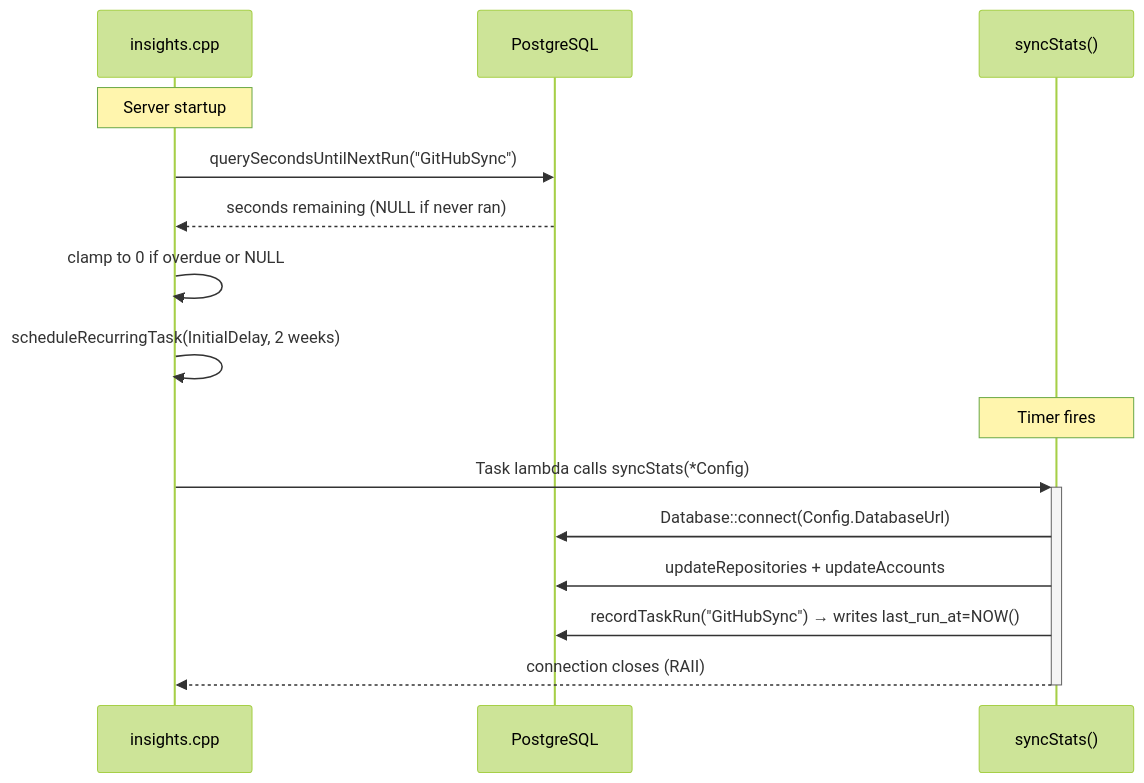
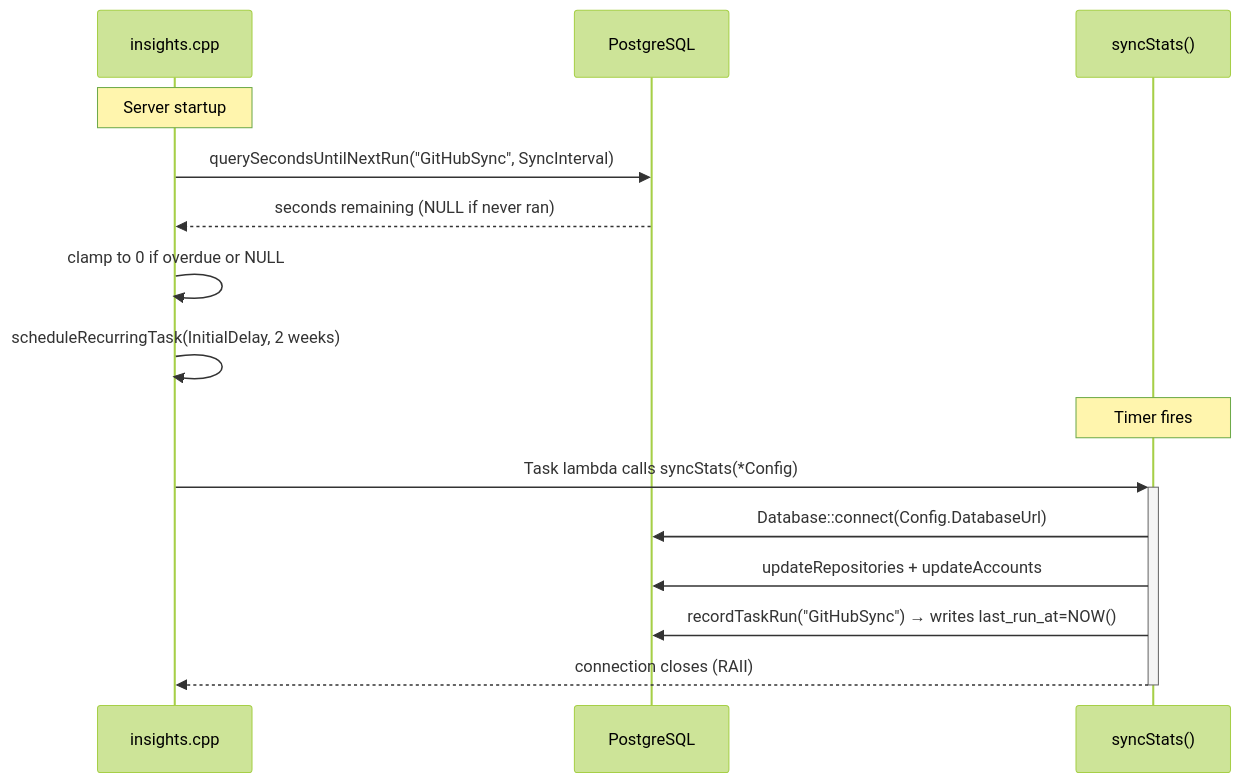
Before and after one commit to guzman109/icicle-insights: the diagram in docs/task-persistence.md, drawn with Mermaid (forest theme). The commit also changed other lines of this file and 4 other files, not shown here.

````diff
--- a/docs/task-persistence.md
+++ b/docs/task-persistence.md
@@ -37,19 +37,19 @@
 ```mermaid
 sequenceDiagram
     participant App as insights.cpp
     participant DB as PostgreSQL
     participant Task as syncStats()
 
     Note over App: Server startup
-    App->>DB: querySecondsUntilNextRun("GitHubSync")
+    App->>DB: querySecondsUntilNextRun("GitHubSync", SyncInterval)
     DB-->>App: seconds remaining (NULL if never ran)
     App->>App: clamp to 0 if overdue or NULL
     App->>App: scheduleRecurringTask(InitialDelay, 2 weeks)
 
     Note over Task: Timer fires
     App->>+Task: Task lambda calls syncStats(*Config)
     Task->>DB: Database::connect(Config.DatabaseUrl)
     Task->>DB: updateRepositories + updateAccounts
     Task->>DB: recordTaskRun("GitHubSync") → writes last_run_at=NOW()
     Task-->>-App: connection closes (RAII)
 ```
````
